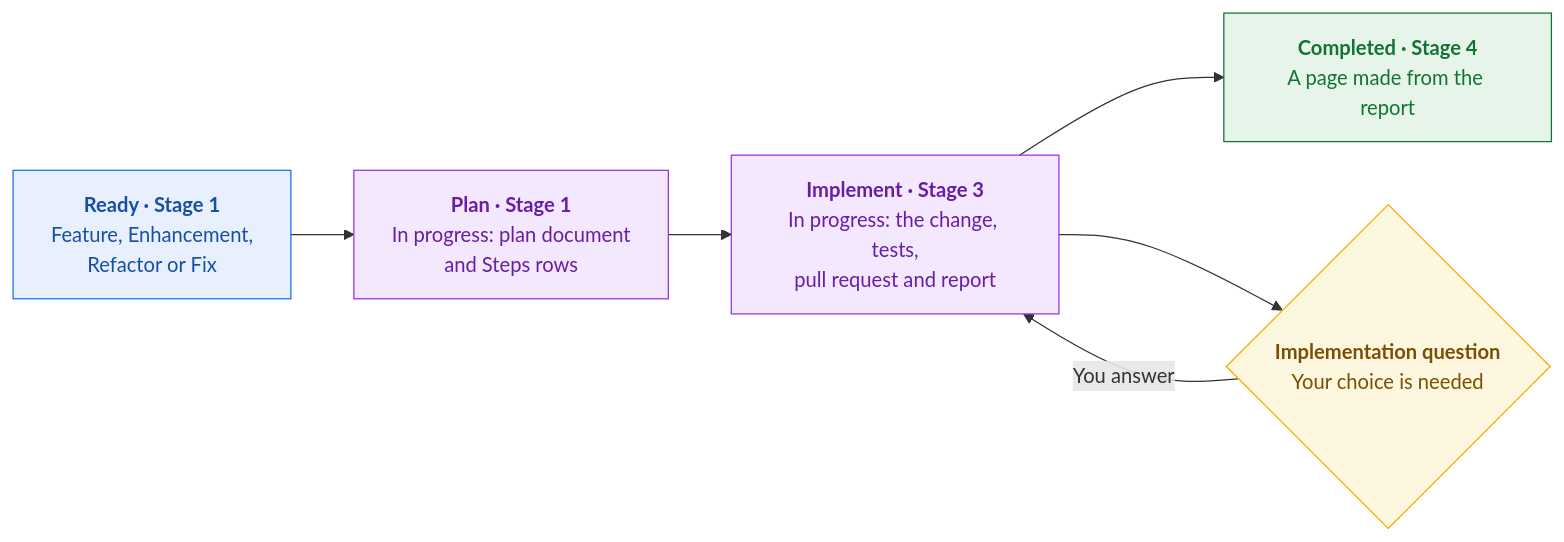
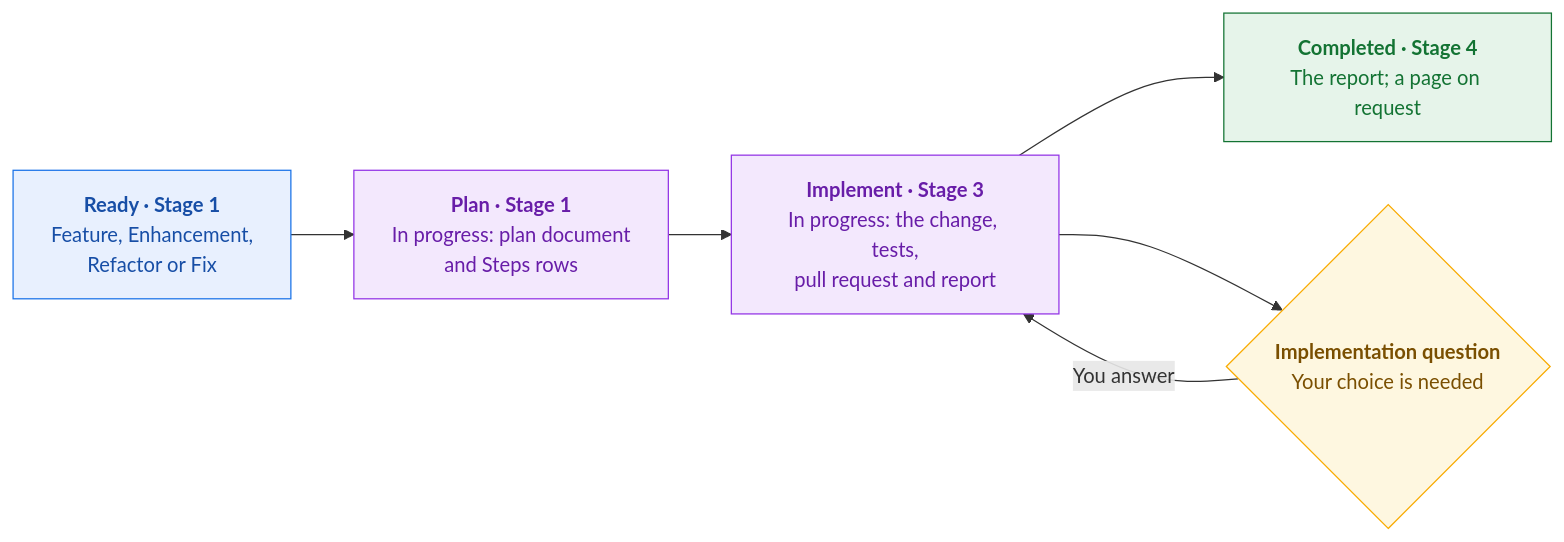
The third of 3 diagrams in docs/runbook/setup/how-horology-works.md (Welladino/Horology), drawn with Mermaid before and after one commit. The commit also changed other lines of this file and 16 other files, not shown here.

First line of the commit message:
Implementation route: Stage 4 page only on request (HOR-9, item 71 follow-up)

````diff
--- a/docs/runbook/setup/how-horology-works.md
+++ b/docs/runbook/setup/how-horology-works.md
@@ -119,19 +119,19 @@
 ```mermaid
 flowchart LR
   readyi["<b>Ready · Stage 1</b><br/>Feature, Enhancement,<br/>Refactor or Fix"]
   plani["<b>Plan · Stage 1</b><br/>In progress: plan document<br/>and Steps rows"]
   buildi["<b>Implement · Stage 3</b><br/>In progress: the change, tests,<br/>pull request and report"]
   questioni{"<b>Implementation question</b><br/>Your choice is needed"}
-  donei["<b>Completed · Stage 4</b><br/>A page made from the report"]
+  donei["<b>Completed · Stage 4</b><br/>The report; a page on request"]
   readyi --> plani --> buildi --> donei
   buildi --> questioni -->|You answer| buildi
 
   classDef selected fill:#e8f0fe,stroke:#1a73e8,color:#174ea6
   classDef agent fill:#f3e8fd,stroke:#9334e6,color:#681da8
   classDef review fill:#fef7e0,stroke:#f9ab00,color:#7a4f01
   classDef success fill:#e6f4ea,stroke:#137333,color:#137333
   class readyi selected
   class plani,buildi agent
   class questioni review
   class donei success
 ```
````
